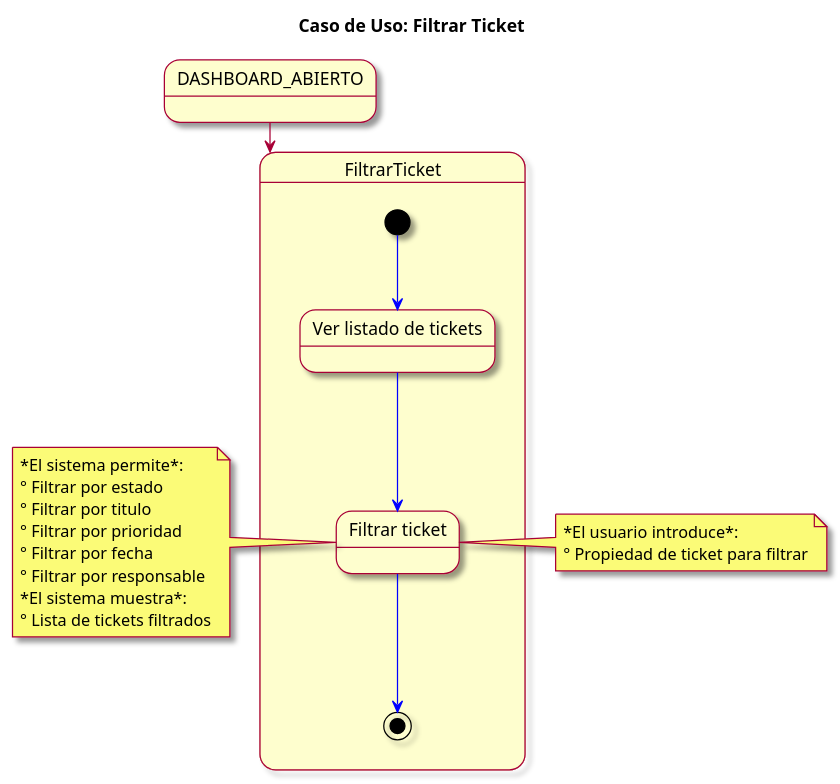
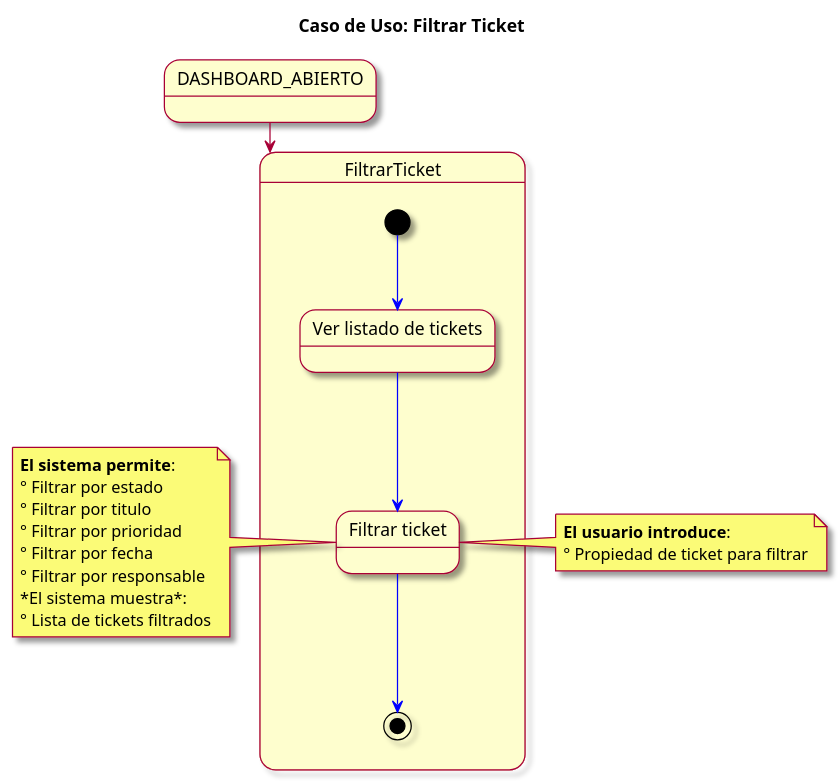
One commit to mmasias/23-24-IdSw1-SDR changed the diagram in modelosUML/CasosDeUsos/CasosDetallados/FiltrarTicket.puml. Above: the diagram before and after it, drawn with PlantUML. The commit also changed 7 other files, not shown here.

```diff
--- a/modelosUML/CasosDeUsos/CasosDetallados/FiltrarTicket.puml
+++ b/modelosUML/CasosDeUsos/CasosDetallados/FiltrarTicket.puml
@@ -1,34 +1,34 @@
  @startuml
 skin rose
 title Caso de Uso: Filtrar Ticket
 
 state DASHBOARD_ABIERTO
 DASHBOARD_ABIERTO --> FiltrarTicket
 
 state FiltrarTicket {
 
   [*] -[#blue]-> verlistadoTickets
   state "Ver listado de tickets" as verlistadoTickets
   verlistadoTickets -[#blue]-> confirmarFiltrado
   state "Filtrar ticket" as confirmarFiltrado
   confirmarFiltrado -[#blue]-> [*]
     
 }
 
 note left of confirmarFiltrado
-  *El sistema permite*:
+  **El sistema permite**:
   ° Filtrar por estado
   ° Filtrar por titulo
   ° Filtrar por prioridad
   ° Filtrar por fecha
   ° Filtrar por responsable
   *El sistema muestra*: 
   ° Lista de tickets filtrados
 end note
 
 note right of confirmarFiltrado
-  *El usuario introduce*:
+  **El usuario introduce**:
   ° Propiedad de ticket para filtrar
 end note
 
 @enduml
```
